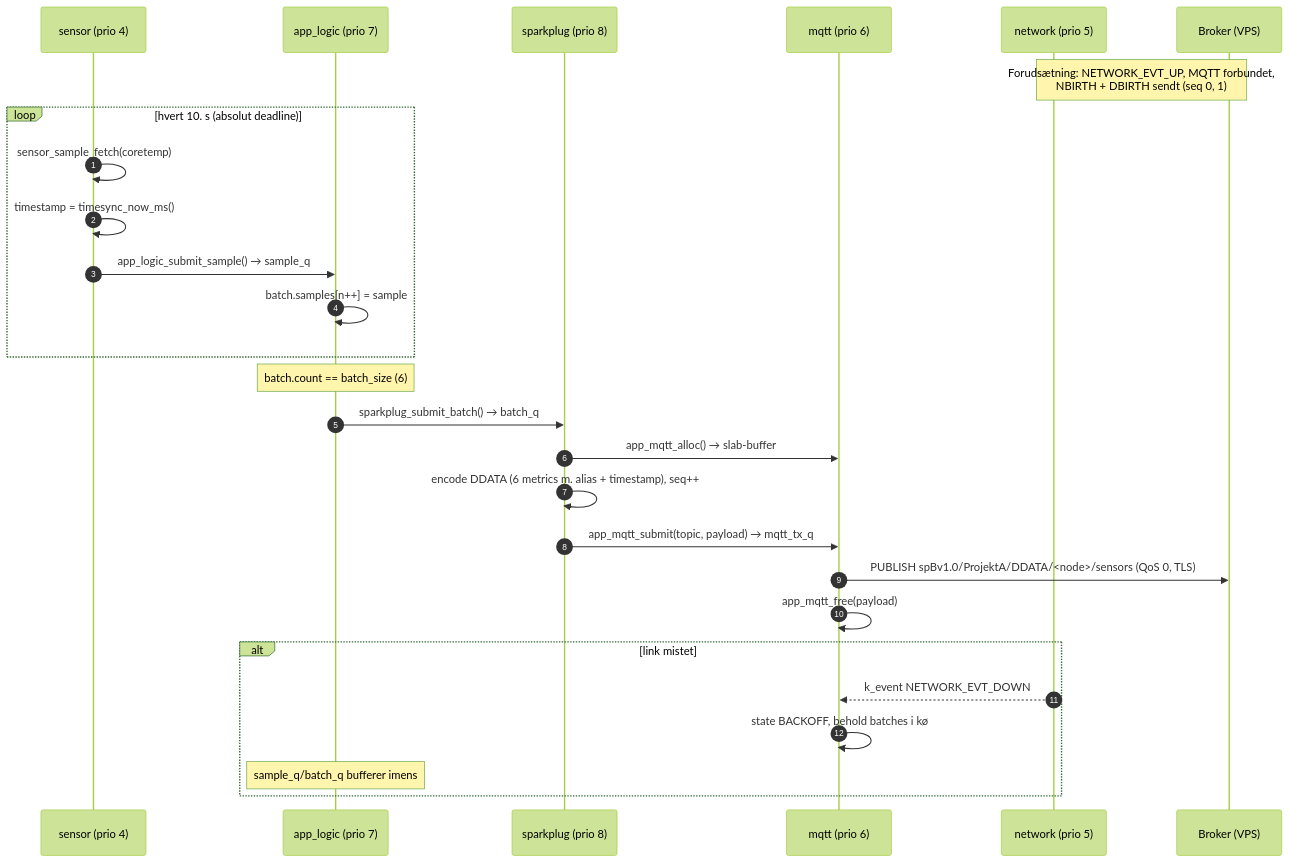
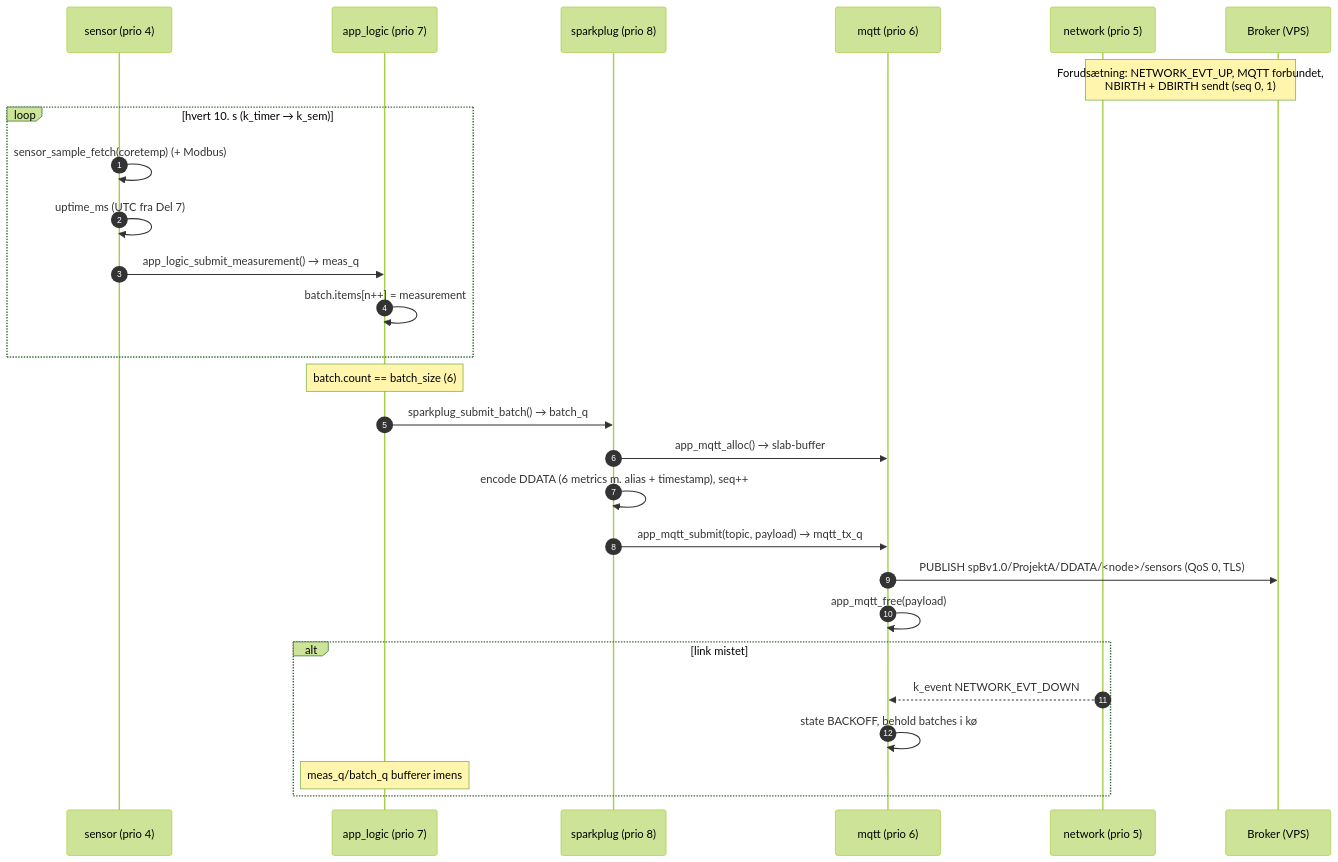
One commit to asni75488/Zephyr_A changed the third of 5 diagrams in docs/02-arkitektur.md. Above: the diagram before and after it, drawn with Mermaid (forest theme). The commit also changed other lines of this file and 2 other files, not shown here.

First line of the commit message:
docs: add data acquisition guide with Modbus test procedure

````diff
--- a/docs/02-arkitektur.md
+++ b/docs/02-arkitektur.md
@@ -292,33 +302,33 @@
 ```mermaid
 sequenceDiagram
     autonumber
     participant S as sensor (prio 4)
     participant L as app_logic (prio 7)
     participant P as sparkplug (prio 8)
     participant M as mqtt (prio 6)
     participant N as network (prio 5)
     participant B as Broker (VPS)
 
     Note over N,B: Forudsætning: NETWORK_EVT_UP, MQTT forbundet,<br/>NBIRTH + DBIRTH sendt (seq 0, 1)
 
-    loop hvert 10. s (absolut deadline)
-        S->>S: sensor_sample_fetch(coretemp)
-        S->>S: timestamp = timesync_now_ms()
-        S->>L: app_logic_submit_sample() → sample_q
-        L->>L: batch.samples[n++] = sample
+    loop hvert 10. s (k_timer → k_sem)
+        S->>S: sensor_sample_fetch(coretemp) (+ Modbus)
+        S->>S: uptime_ms (UTC fra Del 7)
+        S->>L: app_logic_submit_measurement() → meas_q
+        L->>L: batch.items[n++] = measurement
     end
 
     Note over L: batch.count == batch_size (6)
     L->>P: sparkplug_submit_batch() → batch_q
     P->>M: app_mqtt_alloc() → slab-buffer
     P->>P: encode DDATA (6 metrics m. alias + timestamp), seq++
     P->>M: app_mqtt_submit(topic, payload) → mqtt_tx_q
     M->>B: PUBLISH spBv1.0/ProjektA/DDATA/<node>/sensors (QoS 0, TLS)
     M->>M: app_mqtt_free(payload)
 
     alt link mistet
         N-->>M: k_event NETWORK_EVT_DOWN
         M->>M: state BACKOFF, behold batches i kø
-        Note over L: sample_q/batch_q bufferer imens
+        Note over L: meas_q/batch_q bufferer imens
     end
 ```
````
